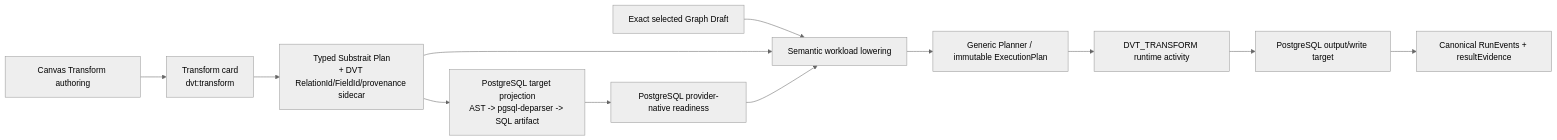
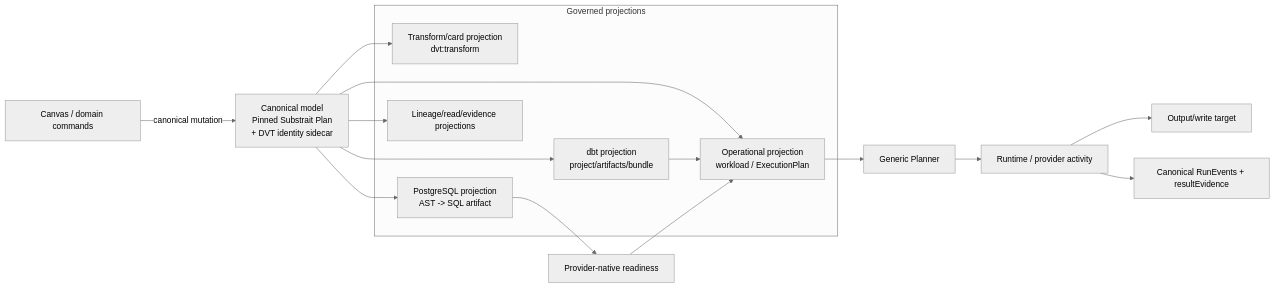
Before and after one commit to dunay2/dvt: the first of 2 diagrams in docs/planning/proposals/mandatory/runtime-and-contracts/vtx2-transform-cutover-plan-20260828.md, drawn with Mermaid (neutral theme). The commit also changed other lines of this file, not shown here.

Commit message:
docs(docs): Reframe VTX2 around one canonical model and projections

````diff
--- a/docs/planning/proposals/mandatory/runtime-and-contracts/vtx2-transform-cutover-plan-20260828.md
+++ b/docs/planning/proposals/mandatory/runtime-and-contracts/vtx2-transform-cutover-plan-20260828.md
@@ -109,26 +201,33 @@
 ```mermaid
 flowchart LR
-  Canvas["Canvas Transform authoring"]
-  Transform["Transform card\ndvt:transform"]
-  Semantic["Typed Substrait Plan\n+ DVT RelationId/FieldId/provenance sidecar"]
-  Render["PostgreSQL target projection\nAST -> pgsql-deparser -> SQL artifact"]
-  Ready["PostgreSQL provider-native readiness"]
-  Select["Exact selected Graph Draft"]
-  Lower["Semantic workload lowering"]
-  Planner["Generic Planner / immutable ExecutionPlan"]
-  Runtime["DVT_TRANSFORM runtime activity"]
-  Target["PostgreSQL output/write target"]
-  Evidence["Canonical RunEvents + resultEvidence"]
+  Commands["Canvas / domain commands"]
+  Canonical["Canonical model\nPinned Substrait Plan\n+ DVT identity sidecar"]
 
-  Canvas --> Transform
-  Transform --> Semantic
-  Semantic --> Render
-  Render --> Ready
-  Select --> Lower
-  Semantic --> Lower
-  Ready --> Lower
-  Lower --> Planner
+  subgraph Projections["Governed projections"]
+    Card["Transform/card projection\ndvt:transform"]
+    Dbt["dbt projection\nproject/artifacts/bundle"]
+    Pg["PostgreSQL projection\nAST -> SQL artifact"]
+    Operational["Operational projection\nworkload / ExecutionPlan"]
+    Lineage["Lineage/read/evidence projections"]
+  end
+
+  Ready["Provider-native readiness"]
+  Planner["Generic Planner"]
+  Runtime["Runtime / provider activity"]
+  Target["Output/write target"]
+  State["Canonical RunEvents + resultEvidence"]
+
+  Commands -->|"canonical mutation"| Canonical
+  Canonical --> Card
+  Canonical --> Dbt
+  Canonical --> Pg
+  Canonical --> Operational
+  Canonical --> Lineage
+  Pg --> Ready
+  Dbt --> Operational
+  Ready --> Operational
+  Operational --> Planner
   Planner --> Runtime
   Runtime --> Target
-  Target --> Evidence
+  Runtime --> State
 ```
````
